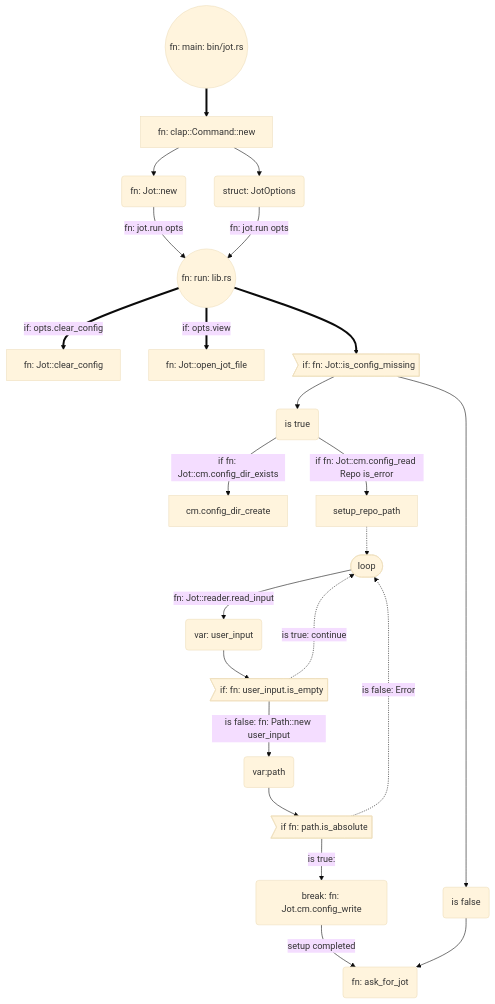
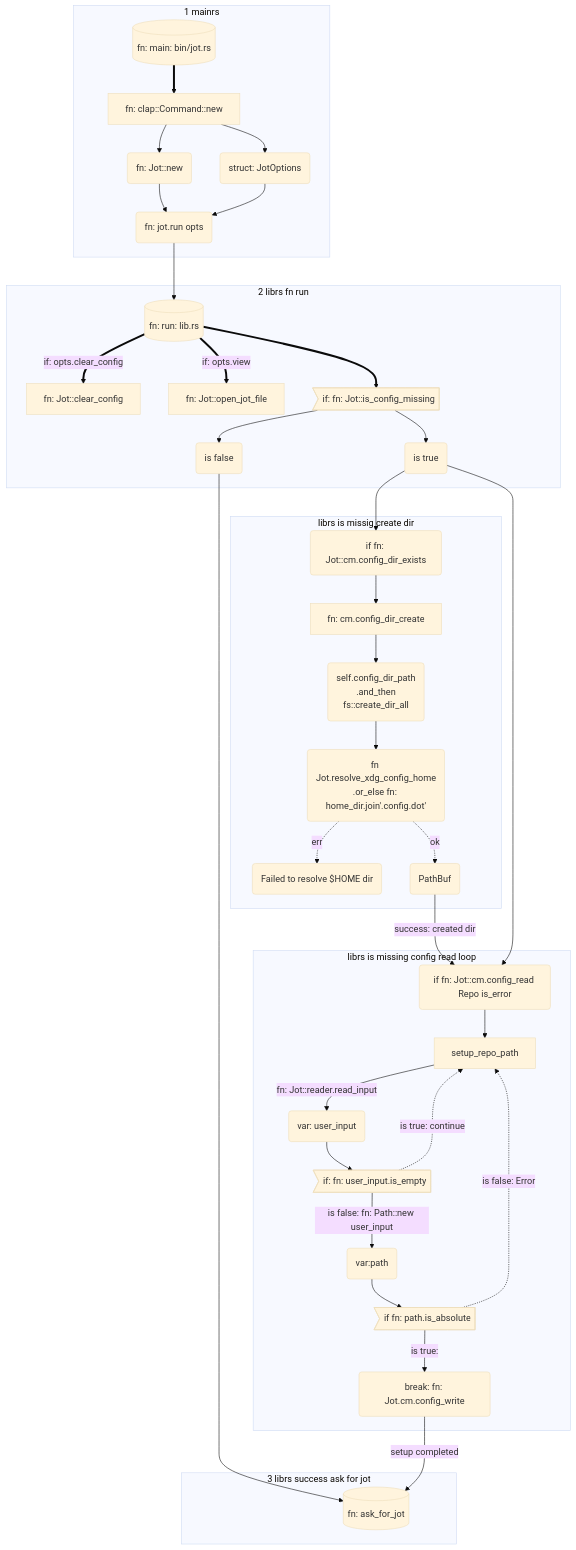
The first of 2 diagrams in README.md (lloydlobo/jot), drawn with Mermaid (base theme) before and after one commit. The commit also changed other lines of this file, not shown here.

Commit message:
docs: add mermaid subgraphs

````diff
--- a/README.md
+++ b/README.md
@@ -13,24 +15,46 @@
 ```mermaid
 graph TD;
+subgraph 1 mainrs
+    A[(fn: main: bin/jot.rs)]==>A1[fn: clap::Command::new];
+    A1-->A11(fn: Jot::new);
+    A1-->A12(struct: JotOptions);
+    A11-->A2(fn: jot.run opts);
+    A12-->A2;
+end
+subgraph 2 librs fn run
+    A2-->B;
+    B[(fn: run: lib.rs)] ==> |if: opts.clear_config|B1[fn: Jot::clear_config];
+    B==>|if: opts.view|B2[fn: Jot::open_jot_file];
+    B==>B3>if: fn: Jot::is_config_missing];
+    B3-->B31(is true);
+    B3-->B32(is false);
+end
 
-A((fn: main: bin/jot.rs))==>A1[fn: clap::Command::new];
-A1-->A11(fn: Jot::new);
-A1-->A12(struct: JotOptions);
-A11-->|fn: jot.run opts|B((fn: run: lib.rs));
-A12-->|fn: jot.run opts|B;
+%% Lead to fn if config_read
+subgraph librs is missig create dir
+    B31-->B31B(if fn: Jot::cm.config_dir_exists)-->B3A[fn: cm.config_dir_create];
+    B3A-->B3AA(self.config_dir_path<br>.and_then<br>fs::create_dir_all);
+    B3AA-->B3AB(fn Jot.resolve_xdg_config_home<br>.or_else fn: home_dir.join'.config.dot');
+    B3AB-.->|err|B3AB2(Failed to resolve $HOME dir);
+    B3AB-.->|ok|B3AB1(PathBuf);
+end
 
-B==>|if: opts.clear_config|B1[fn: Jot::clear_config];
-B==>|if: opts.view|B2[fn: Jot::open_jot_file];
-B==>B3>if: fn: Jot::is_config_missing];
-B3-->B31(is true);
-B3-->B32(is false)-->B321(fn: ask_for_jot);
-B31-->|if fn: Jot::cm.config_dir_exists|B311[cm.config_dir_create];
-B31-->|if fn: Jot::cm.config_read Repo is_error|B312[setup_repo_path];
-B312-.->C([loop]);
-C-->|fn: Jot::reader.read_input|C1(var: user_input);
-C1-->C11>if: fn: user_input.is_empty];
-C11-.->|is true: continue|C;
-C11-->|is false: fn: Path::new user_input|D(var:path)-->D1>if fn: path.is_absolute];
-D1-.->|is false: Error|C;
-D1-->|is true:|D11(break: fn: Jot.cm.config_write)-->|setup completed|B321;
+B3AB1-->|success: created dir|B31A;
+
+subgraph librs is missing config read loop
+    B31-->B31A(if fn: Jot::cm.config_read Repo is_error)-->C;
+    %% Get user input for repository path
+    C[setup_repo_path]-->|fn: Jot::reader.read_input|C1(var: user_input);
+    C1-->C11>if: fn: user_input.is_empty];
+    C11-.->|is true: continue|C;
+    C11-->|is false: fn: Path::new user_input|D;
+    D1-.->|is false: Error|C;
+    D(var:path)-->D1>if fn: path.is_absolute];
+    D1-->|is true:|D11(break: fn: Jot.cm.config_write);
+end
+subgraph 3 librs success ask for jot
+B32-->B32A[(fn: ask_for_jot)];
+D11-->|setup completed|B32A;
+end
+
 ```
````
